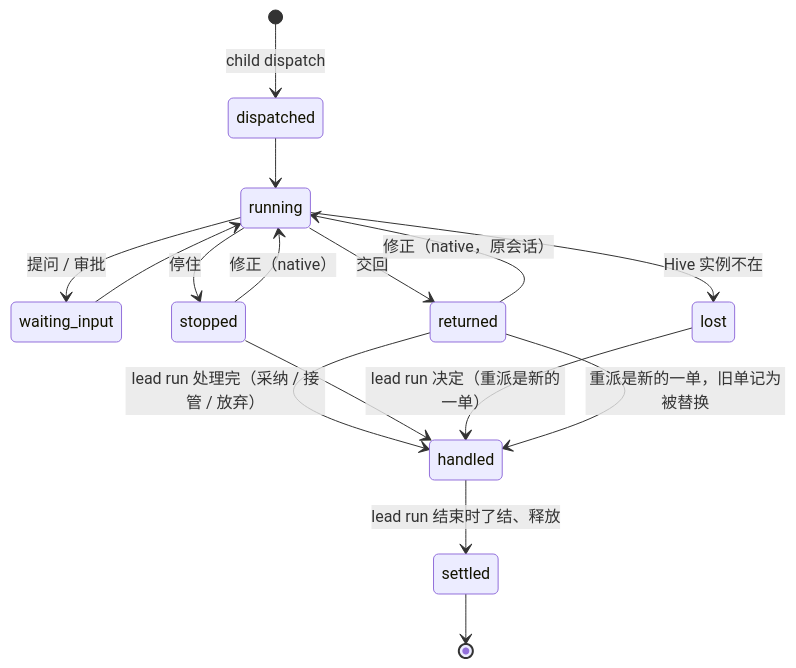
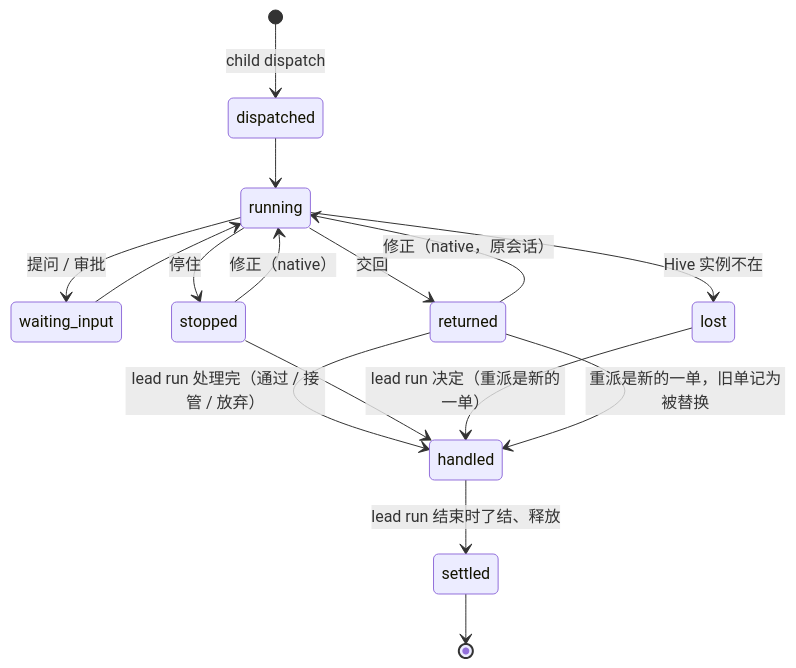
The second of 2 diagrams in docs/design/2026-10-31-swarm-run.md (xg-gh-25/SwarmAI), drawn with Mermaid before and after one commit. The commit also changed other lines of this file, not shown here.

First line of the commit message:
docs(design): Swarm Run r7.2 — the Swarm Run card reuses Swarm Out's run list and big card; autonomy counts people only

````diff
--- a/docs/design/2026-10-31-swarm-run.md
+++ b/docs/design/2026-10-31-swarm-run.md
@@ -229,18 +264,18 @@
 ```mermaid
 stateDiagram-v2
   [*] --> dispatched: child dispatch
   dispatched --> running
   running --> waiting_input: 提问 / 审批
   waiting_input --> running
   running --> returned: 交回
   running --> stopped: 停住
   running --> lost: Hive 实例不在
-  returned --> handled: lead run 处理完（采纳 / 接管 / 放弃）
+  returned --> handled: lead run 处理完（通过 / 接管 / 放弃）
   returned --> running: 修正（native，原会话）
   stopped --> running: 修正（native）
   stopped --> handled
   lost --> handled: lead run 决定（重派是新的一单）
   returned --> handled: 重派是新的一单，旧单记为被替换
   handled --> settled: lead run 结束时了结、释放
   settled --> [*]
 ```
````
